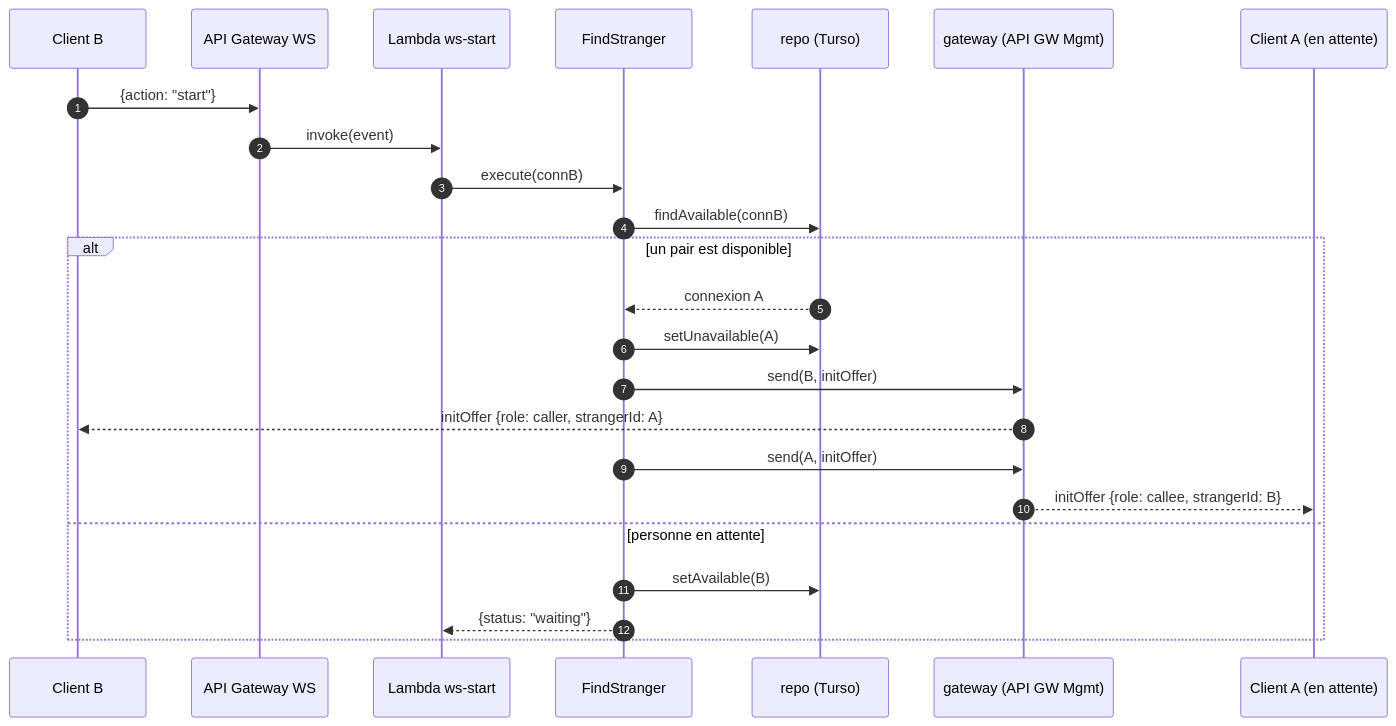
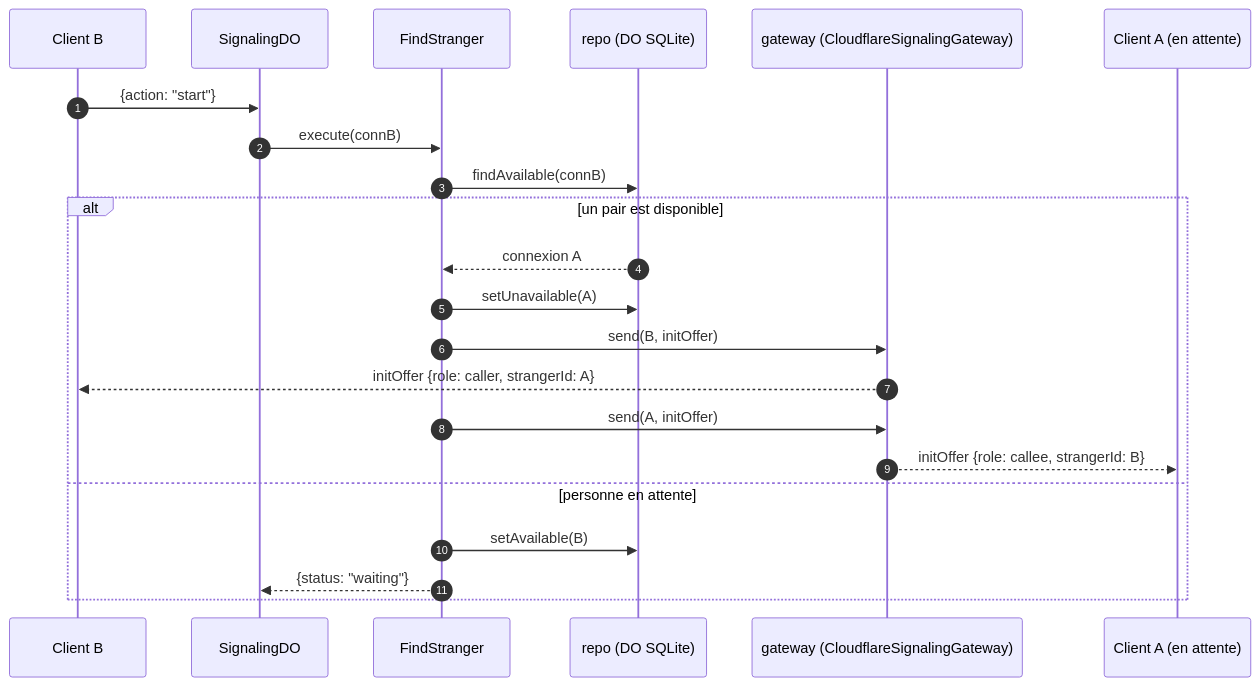
The second of 2 diagrams in docs/signaling/ARCHITECTURE.md (geraudi/video-chat-webrtc-poc), drawn with Mermaid before and after one commit. The commit also changed other lines of this file and 60 other files, not shown here.

````diff
--- a/docs/signaling/ARCHITECTURE.md
+++ b/docs/signaling/ARCHITECTURE.md
@@ -147,27 +132,25 @@
 ```mermaid
 sequenceDiagram
   autonumber
   participant B as Client B
-  participant GW as API Gateway WS
-  participant L as Lambda ws-start
+  participant DO as SignalingDO
   participant UC as FindStranger
-  participant R as repo (Turso)
-  participant G as gateway (API GW Mgmt)
+  participant R as repo (DO SQLite)
+  participant G as gateway (CloudflareSignalingGateway)
   participant A as Client A (en attente)
 
-  B->>GW: {action: "start"}
-  GW->>L: invoke(event)
-  L->>UC: execute(connB)
+  B->>DO: {action: "start"}
+  DO->>UC: execute(connB)
   UC->>R: findAvailable(connB)
   alt un pair est disponible
     R-->>UC: connexion A
     UC->>R: setUnavailable(A)
     UC->>G: send(B, initOffer)
     G-->>B: initOffer {role: caller, strangerId: A}
     UC->>G: send(A, initOffer)
     G-->>A: initOffer {role: callee, strangerId: B}
   else personne en attente
     UC->>R: setAvailable(B)
-    UC-->>L: {status: "waiting"}
+    UC-->>DO: {status: "waiting"}
   end
 ```
````
